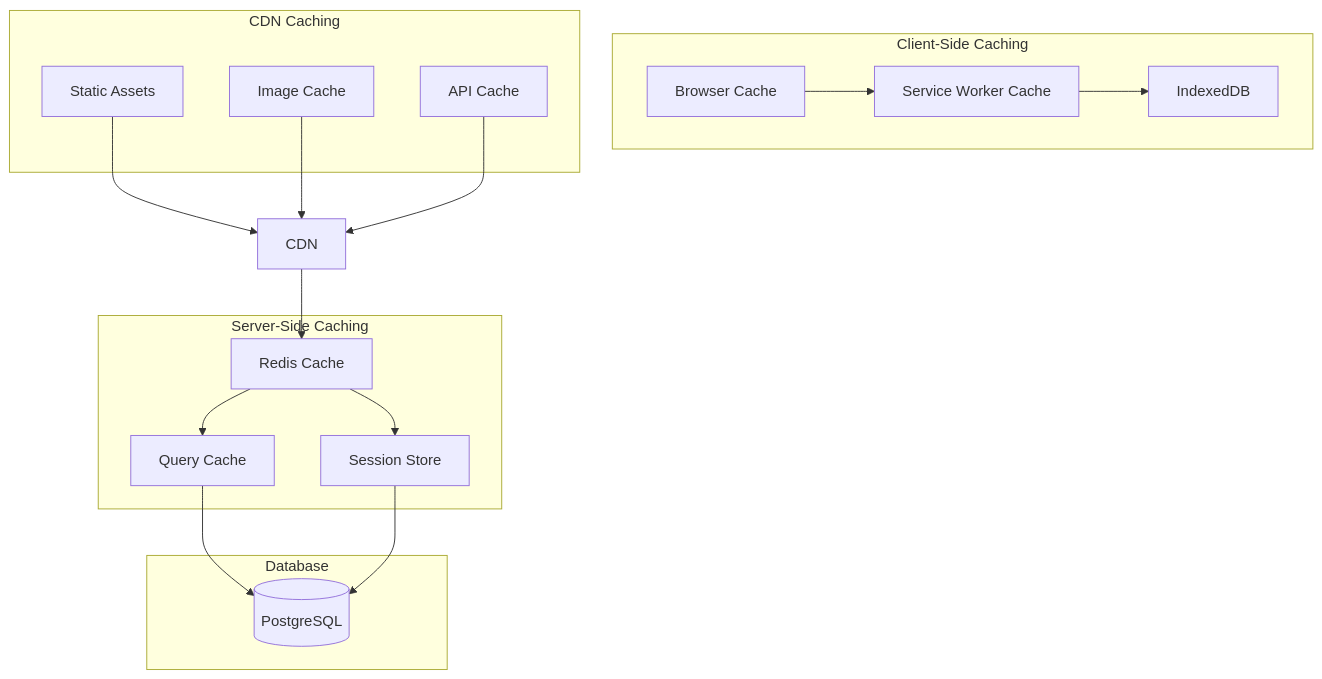
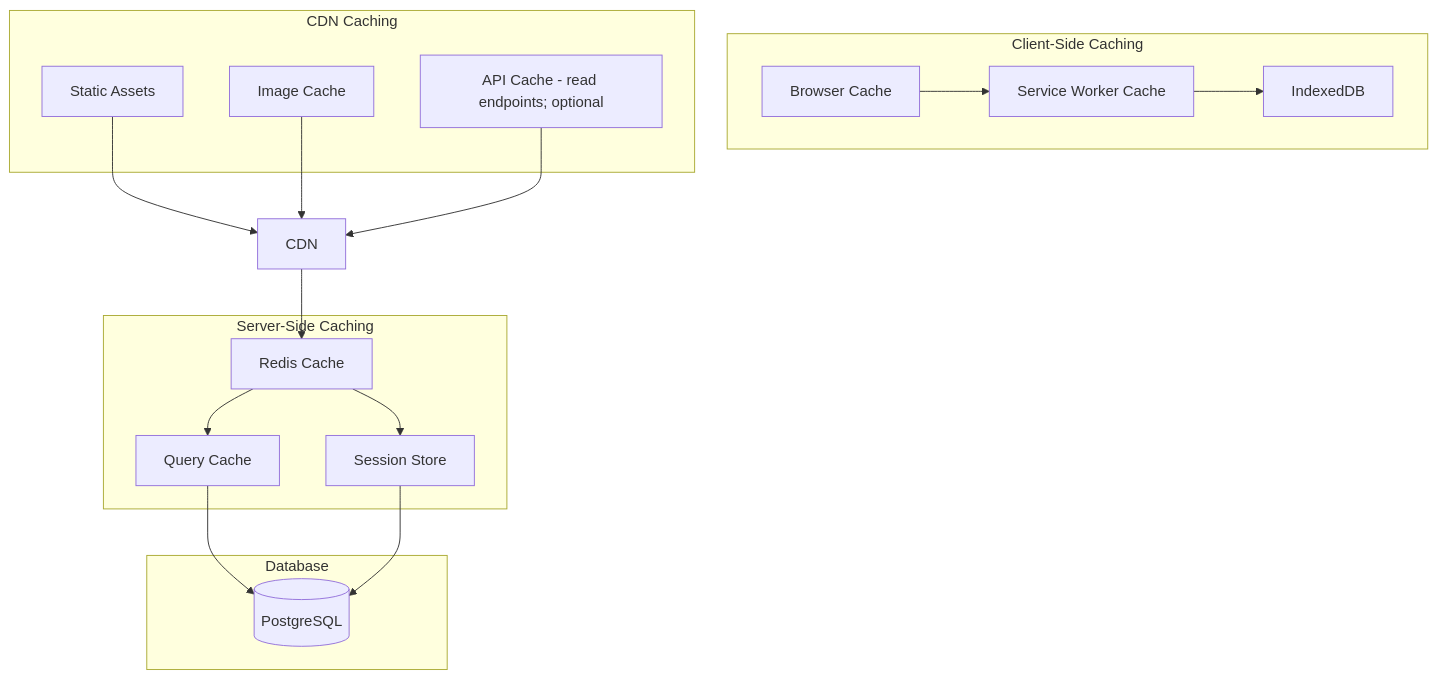
The seventh of 10 diagrams in docs/architecture/system-design.md (aneuhold/tracktory), drawn with Mermaid before and after one commit. The commit also changed other lines of this file and 3 other files, not shown here.

Commit message:
Update architecture and deployment notes

````diff
--- a/docs/architecture/system-design.md
+++ b/docs/architecture/system-design.md
@@ -370,38 +387,38 @@
 ```mermaid
 graph TB
     subgraph "Client-Side Caching"
         Browser[Browser Cache]
         SW[Service Worker Cache]
         LocalDB[IndexedDB]
     end
 
     subgraph "CDN Caching"
         Static[Static Assets]
         Images[Image Cache]
-        API[API Cache]
+        API[API Cache - read endpoints; optional]
     end
 
     subgraph "Server-Side Caching"
         Redis[Redis Cache]
         Query[Query Cache]
         Session[Session Store]
     end
 
     subgraph "Database"
         PG[(PostgreSQL)]
     end
 
     Browser --> SW
     SW --> LocalDB
 
     Static --> CDN
     Images --> CDN
     API --> CDN
 
     CDN --> Redis
     Redis --> Query
     Redis --> Session
 
     Query --> PG
     Session --> PG
 ```
````
